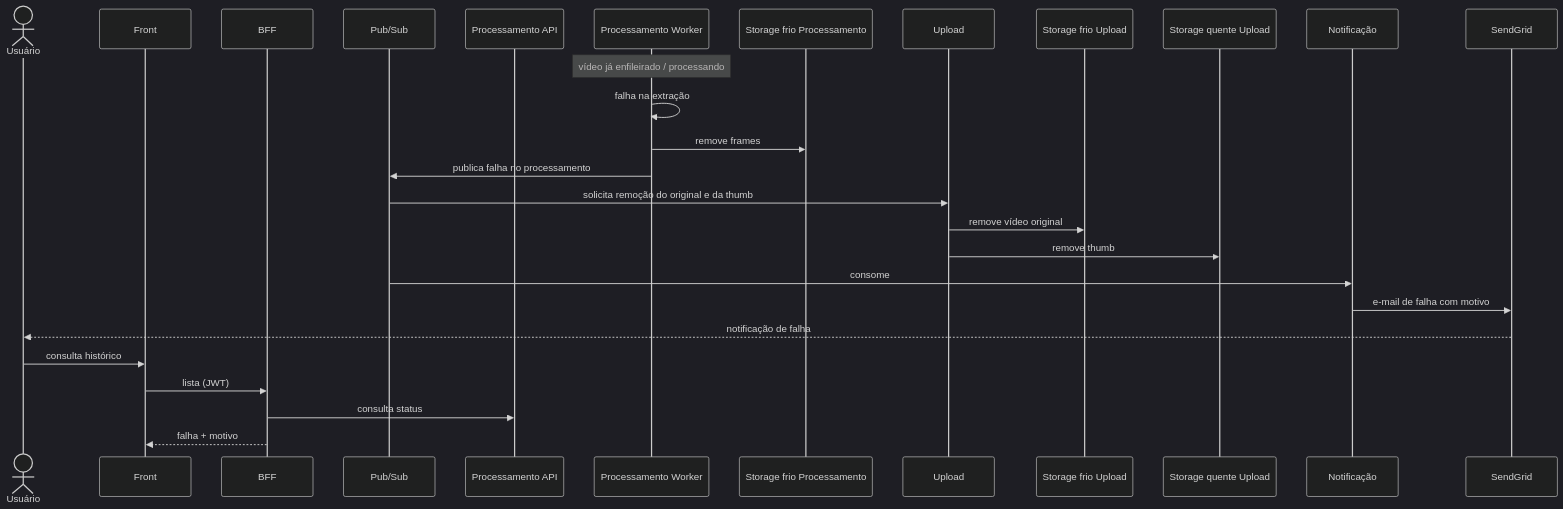
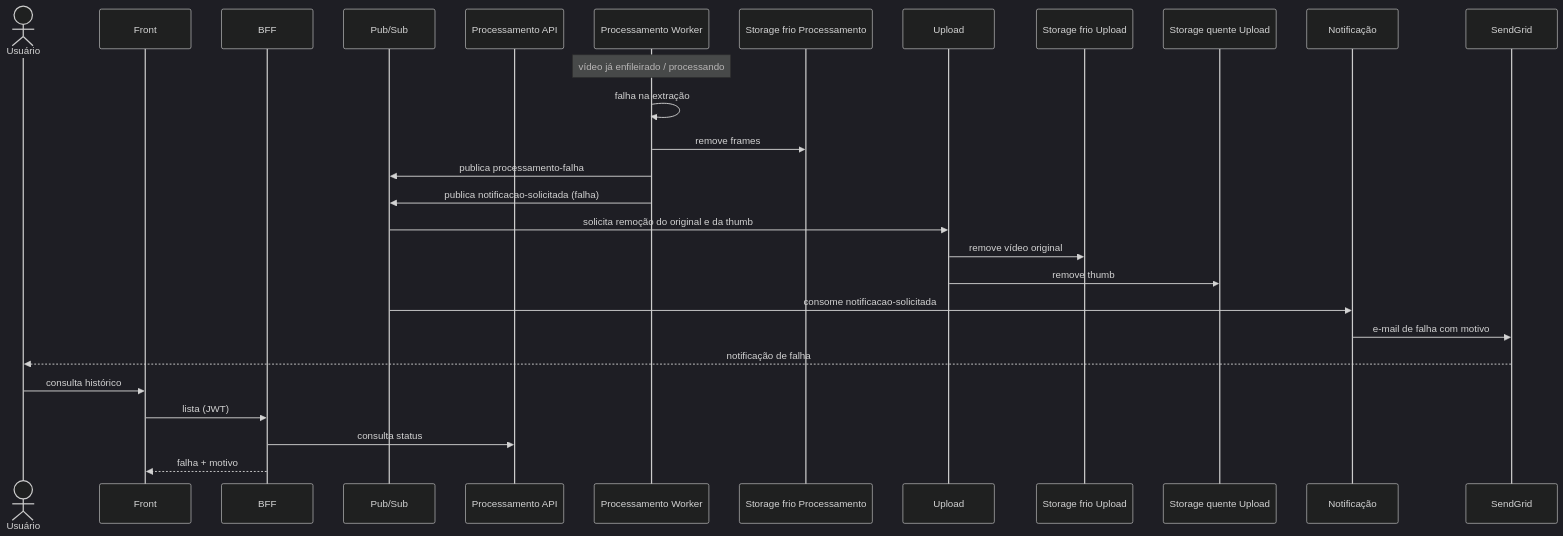
The diagram in fluxo-e-estados/05_falha-no-processamento.md (fiap-x-vcosta/docs), drawn with Mermaid (dark theme) before and after one commit. The commit also changed 18 other files, not shown here.

````diff
--- a/fluxo-e-estados/05_falha-no-processamento.md
+++ b/fluxo-e-estados/05_falha-no-processamento.md
@@ -1,30 +1,31 @@
 ```mermaid
 sequenceDiagram
   actor U as Usuário
   participant Web as Front
   participant BFF as BFF
   participant Bus as Pub/Sub
   participant Api as Processamento API
   participant Worker as Processamento Worker
   participant FrioProc as Storage frio Processamento
   participant Up as Upload
   participant FrioUp as Storage frio Upload
   participant Quente as Storage quente Upload
   participant Notif as Notificação
   participant SG as SendGrid
 
   Note over Worker: vídeo já enfileirado / processando
   Worker->>Worker: falha na extração
   Worker->>FrioProc: remove frames
-  Worker->>Bus: publica falha no processamento
+  Worker->>Bus: publica processamento-falha
+  Worker->>Bus: publica notificacao-solicitada (falha)
   Bus->>Up: solicita remoção do original e da thumb
   Up->>FrioUp: remove vídeo original
   Up->>Quente: remove thumb
-  Bus->>Notif: consome
+  Bus->>Notif: consome notificacao-solicitada
   Notif->>SG: e-mail de falha com motivo
   SG-->>U: notificação de falha
   U->>Web: consulta histórico
   Web->>BFF: lista (JWT)
   BFF->>Api: consulta status
   BFF-->>Web: falha + motivo
 ```
````
